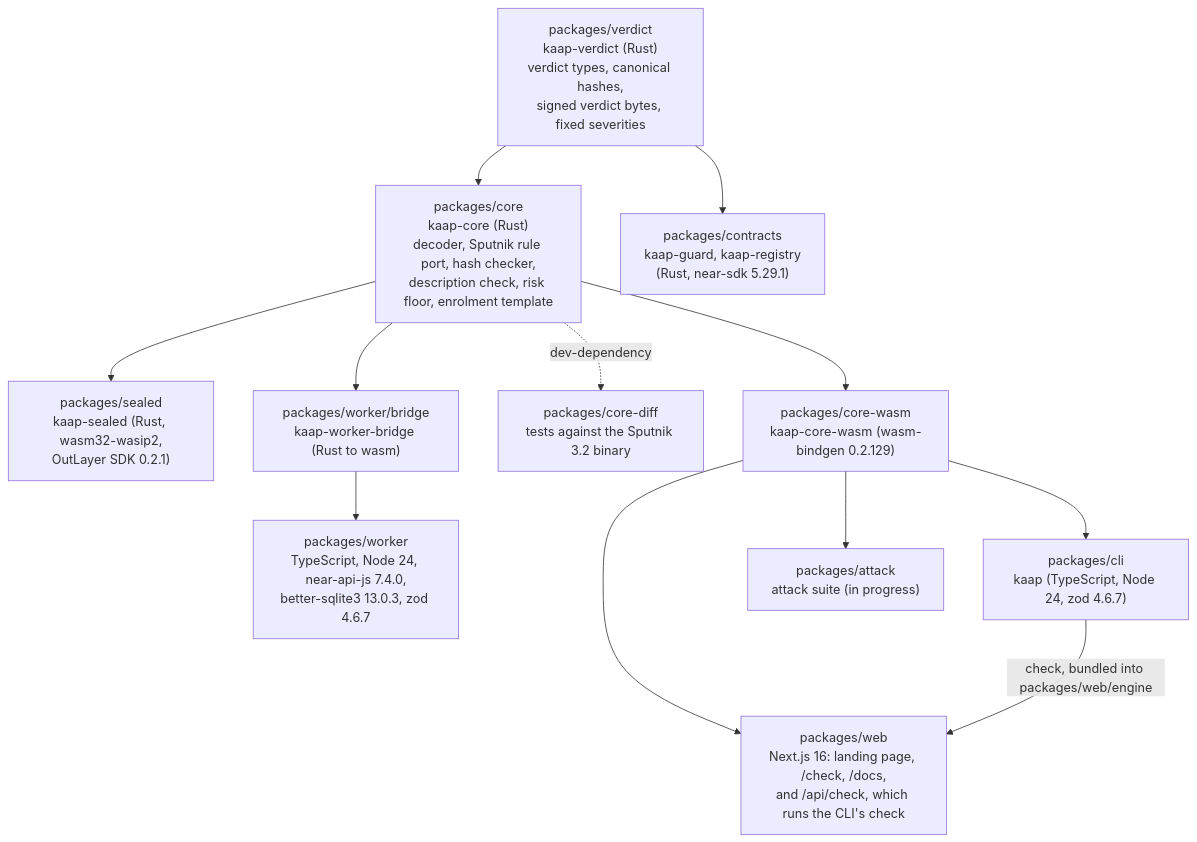
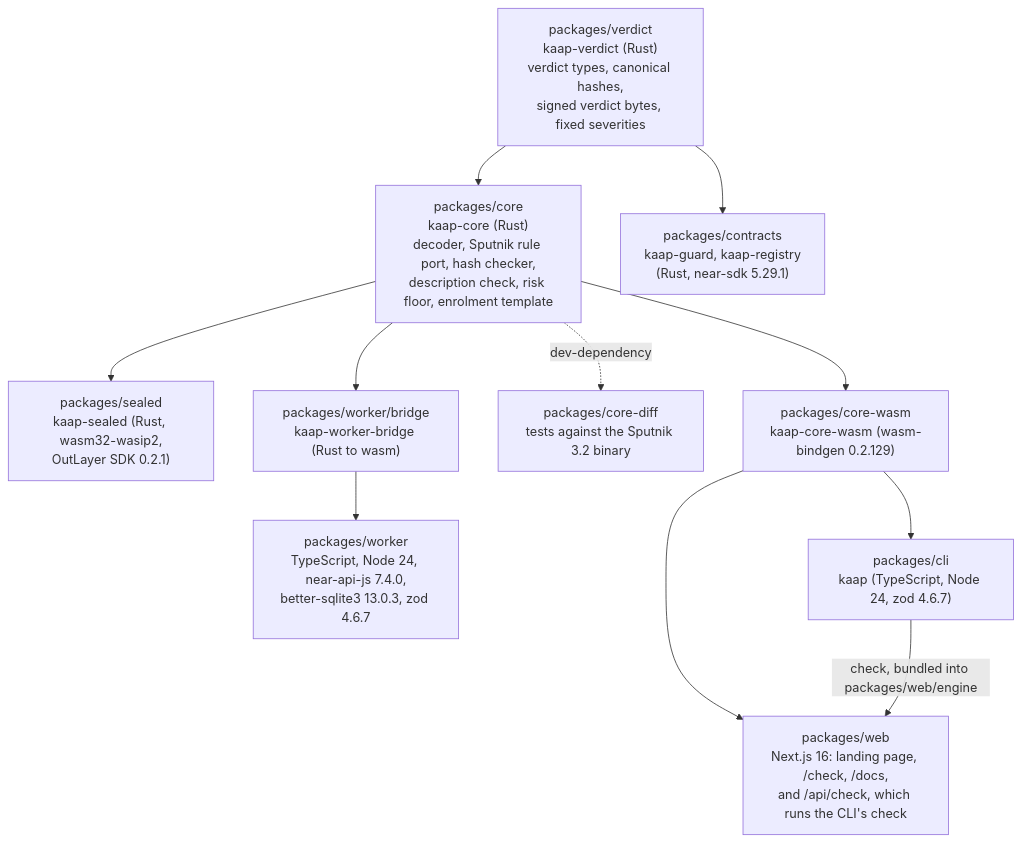
One commit to ramakrishnanhulk20/kaap changed the third of 3 diagrams in ARCHITECTURE.md. Above: the diagram before and after it, drawn with Mermaid. The commit also changed other lines of this file and 2 other files, not shown here.

Commit message:
leave the unfinished attack folder out of diagrams

````diff
--- a/ARCHITECTURE.md
+++ b/ARCHITECTURE.md
@@ -112,26 +112,24 @@
 ```mermaid
 flowchart TB
   VERDICT["packages/verdict<br/>kaap-verdict (Rust)<br/>verdict types, canonical hashes,<br/>signed verdict bytes, fixed severities"]
   CORE["packages/core<br/>kaap-core (Rust)<br/>decoder, Sputnik rule port, hash checker,<br/>description check, risk floor, enrolment template"]
   CONTRACTS["packages/contracts<br/>kaap-guard, kaap-registry<br/>(Rust, near-sdk 5.29.1)"]
   SEALED["packages/sealed<br/>kaap-sealed (Rust, wasm32-wasip2,<br/>OutLayer SDK 0.2.1)"]
   WASM["packages/core-wasm<br/>kaap-core-wasm (wasm-bindgen 0.2.129)"]
   DIFF["packages/core-diff<br/>tests against the Sputnik 3.2 binary"]
   BRIDGE["packages/worker/bridge<br/>kaap-worker-bridge (Rust to wasm)"]
   WORKER["packages/worker<br/>TypeScript, Node 24, near-api-js 7.4.0,<br/>better-sqlite3 13.0.3, zod 4.6.7"]
   CLI["packages/cli<br/>kaap (TypeScript, Node 24, zod 4.6.7)"]
-  ATTACK["packages/attack<br/>attack suite (in progress)"]
   WEB["packages/web<br/>Next.js 16: landing page, /check, /docs,<br/>and /api/check, which runs the CLI's check"]
 
   VERDICT --> CORE
   VERDICT --> CONTRACTS
   CORE --> SEALED
   CORE --> WASM
   CORE --> BRIDGE
   CORE -. "dev-dependency" .-> DIFF
   BRIDGE --> WORKER
   WASM --> CLI
-  WASM --> ATTACK
   WASM --> WEB
   CLI -- "check, bundled into packages/web/engine" --> WEB
 ```
````
